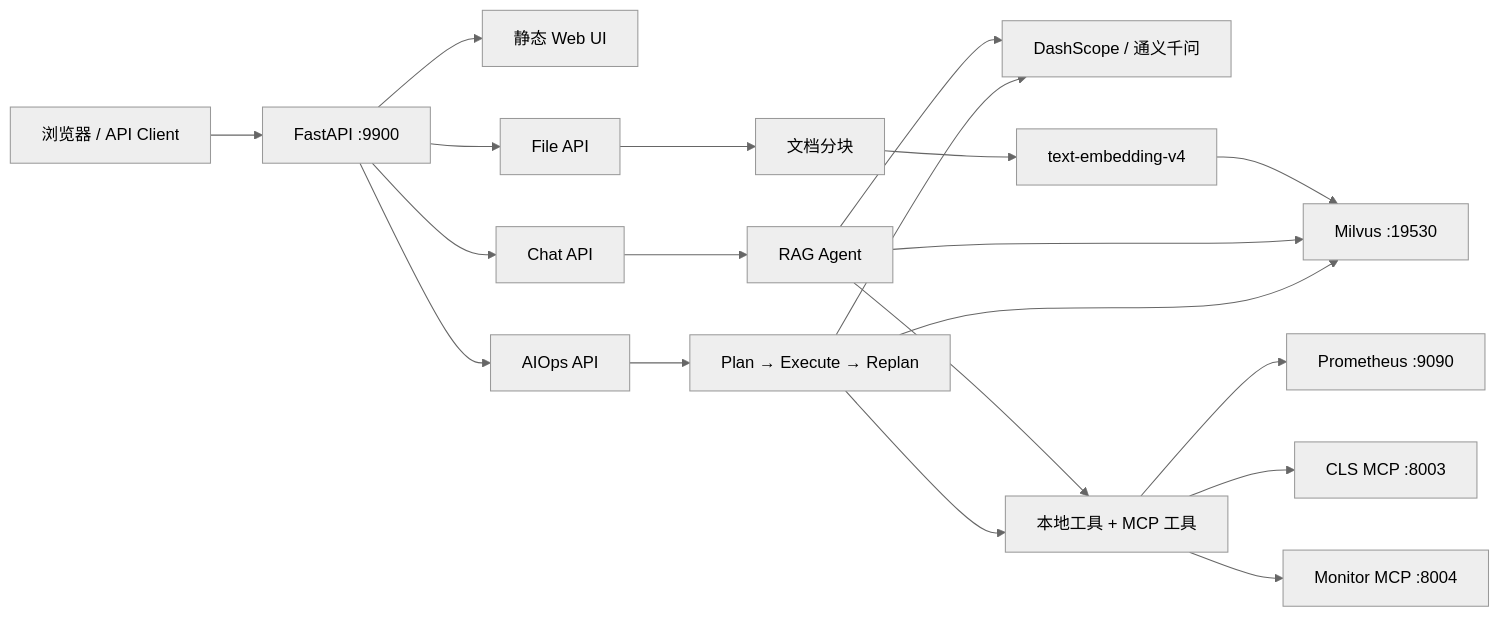
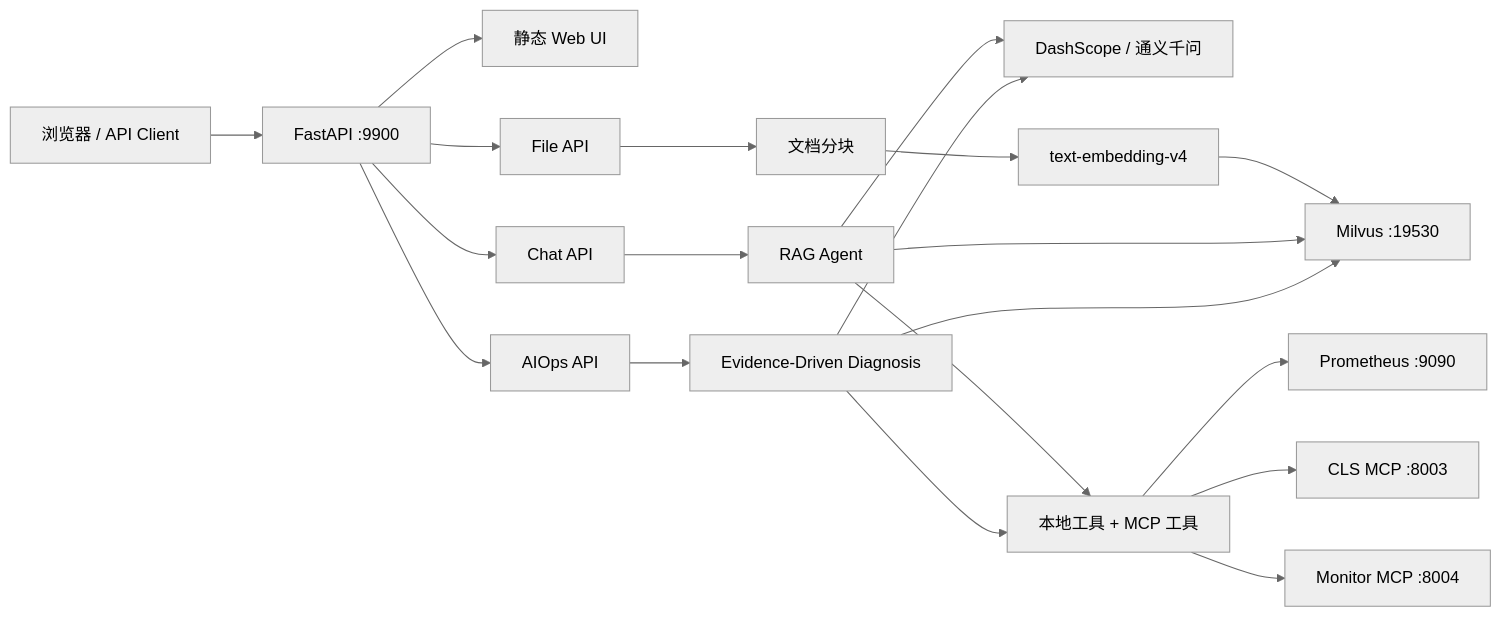
Before and after one commit to hanghopetofly-coder/OpsPilot: the first of 3 diagrams in README.md, drawn with Mermaid (neutral theme). The commit also changed other lines of this file and 43 other files, not shown here.

Commit message:
Add evidence-driven AIOps diagnosis

````diff
--- a/README.md
+++ b/README.md
@@ -46,25 +46,25 @@
 ```mermaid
 flowchart LR
     U["浏览器 / API Client"] --> F["FastAPI :9900"]
     F --> UI["静态 Web UI"]
     F --> CHAT["Chat API"]
     F --> AIOPS["AIOps API"]
     F --> FILE["File API"]
 
     CHAT --> RA["RAG Agent"]
-    AIOPS --> WF["Plan → Execute → Replan"]
+    AIOPS --> WF["Evidence-Driven Diagnosis"]
     FILE --> SPLIT["文档分块"]
 
     RA --> QWEN["DashScope / 通义千问"]
     WF --> QWEN
     SPLIT --> EMB["text-embedding-v4"]
     EMB --> MV["Milvus :19530"]
     RA --> MV
     WF --> MV
 
     RA --> TOOLS["本地工具 + MCP 工具"]
     WF --> TOOLS
     TOOLS --> PROM["Prometheus :9090"]
     TOOLS --> CLS["CLS MCP :8003"]
     TOOLS --> MON["Monitor MCP :8004"]
 ```
````
